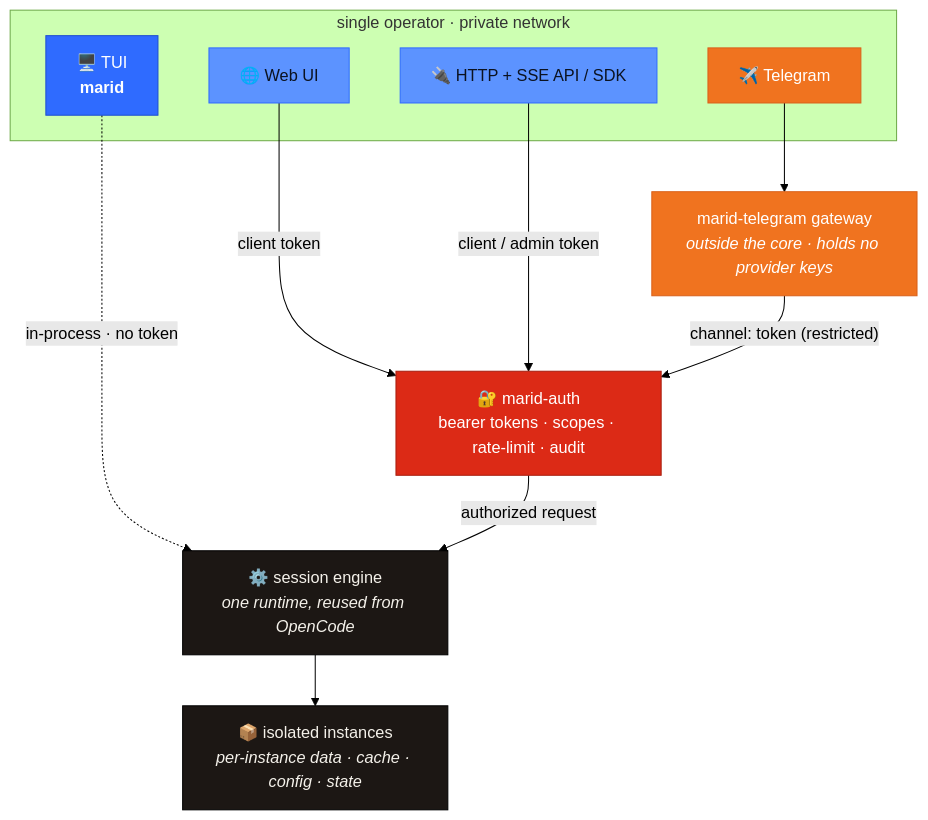
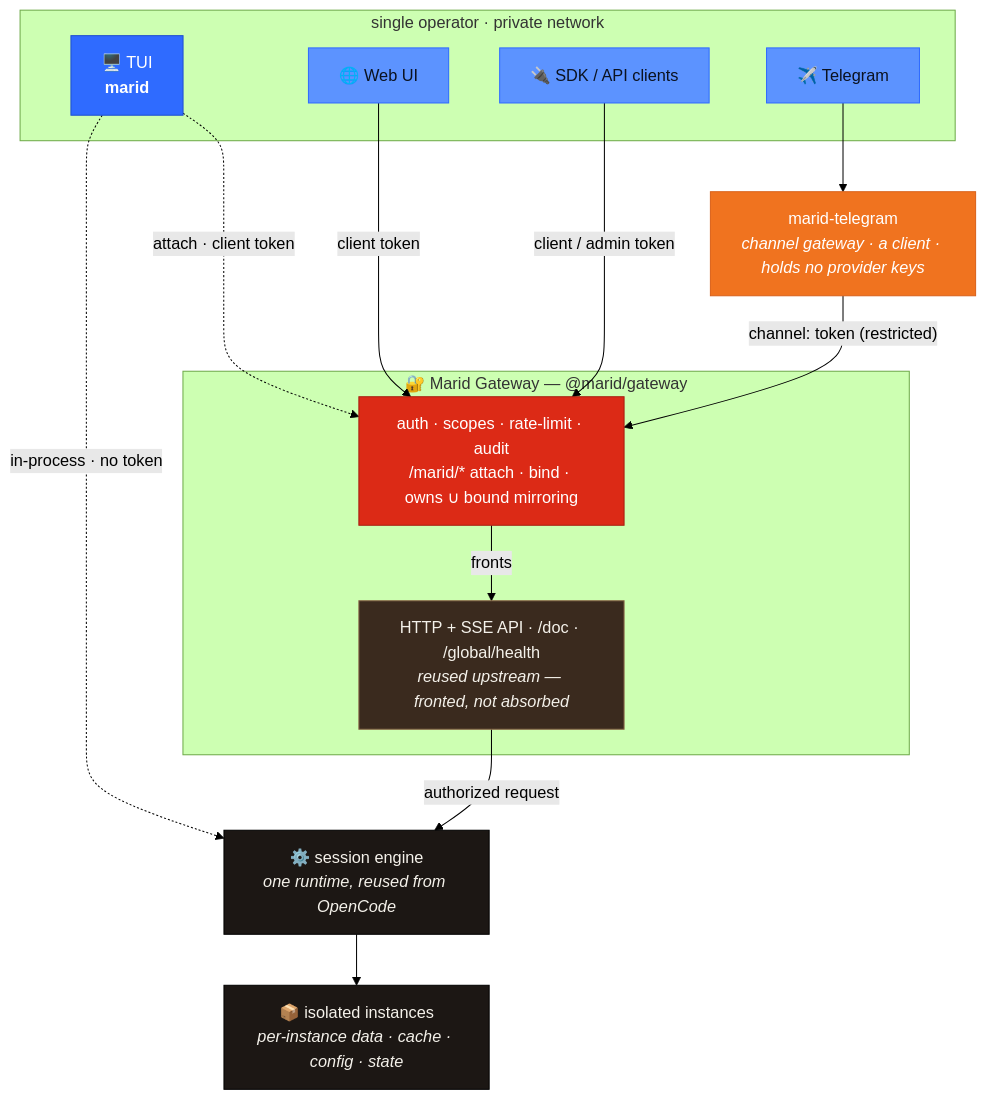
The first of 3 diagrams in README.md (A-H-911/marid), drawn with Mermaid (forest theme) before and after one commit. The commit also changed other lines of this file and 18 other files, not shown here.

First line of the commit message:
docs(ph6): gateway/channel-gateway diagram disambiguation (#51)

````diff
--- a/README.md
+++ b/README.md
@@ -67,28 +71,37 @@
 ```mermaid
 graph TB
     subgraph ops["single operator · private network"]
       TUI["🖥️ TUI<br/><b>marid</b>"]:::local
       WEB["🌐 Web UI"]:::client
-      API["🔌 HTTP + SSE API / SDK"]:::client
-      TG["✈️ Telegram"]:::channel
+      SDK["🔌 SDK / API clients"]:::client
+      TG["✈️ Telegram"]:::ext
     end
 
-    GW["marid-telegram gateway<br/><i>outside the core · holds no provider keys</i>"]:::channel
-    AUTH["🔐 marid-auth<br/>bearer tokens · scopes · rate-limit · audit"]:::auth
+    TGGW["marid-telegram<br/><i>channel gateway · a client · holds no provider keys</i>"]:::channel
+
+    subgraph gw["🔐 Marid Gateway — @marid/gateway"]
+      AUTH["auth · scopes · rate-limit · audit<br/>/marid/* attach · bind · owns ∪ bound mirroring"]:::auth
+      API["HTTP + SSE API · /doc · /global/health<br/><i>reused upstream — fronted, not absorbed</i>"]:::reused
+    end
+
     ENGINE["⚙️ session engine<br/><i>one runtime, reused from OpenCode</i>"]:::core
     INST["📦 isolated instances<br/><i>per-instance data · cache · config · state</i>"]:::core
 
     TUI -. "in-process · no token" .-> ENGINE
+    TUI -. "attach · client token" .-> AUTH
     WEB -- "client token" --> AUTH
-    API -- "client / admin token" --> AUTH
-    TG --> GW
-    GW -- "channel: token (restricted)" --> AUTH
-    AUTH -- "authorized request" --> ENGINE
+    SDK -- "client / admin token" --> AUTH
+    TG --> TGGW
+    TGGW -- "channel: token (restricted)" --> AUTH
+    AUTH -- "fronts" --> API
+    API -- "authorized request" --> ENGINE
     ENGINE --> INST
 
     classDef local fill:#2F6BFF,stroke:#1E4FD0,color:#ffffff;
     classDef client fill:#5C93FF,stroke:#2F6BFF,color:#0b1220;
+    classDef ext fill:#5C93FF,stroke:#2F6BFF,color:#0b1220;
     classDef channel fill:#F0731F,stroke:#D9611A,color:#ffffff;
     classDef auth fill:#DC2A16,stroke:#A81f10,color:#ffffff;
+    classDef reused fill:#3a2a1e,stroke:#8a6a4a,color:#F4F1EA;
     classDef core fill:#1C1714,stroke:#000000,color:#F4F1EA;
 ```
````
